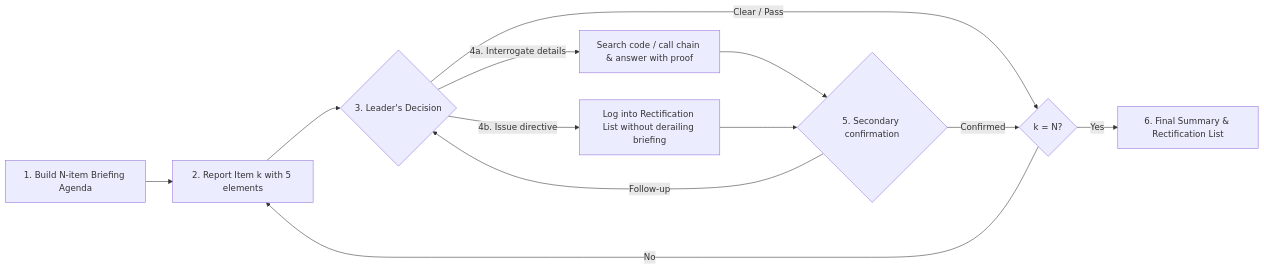
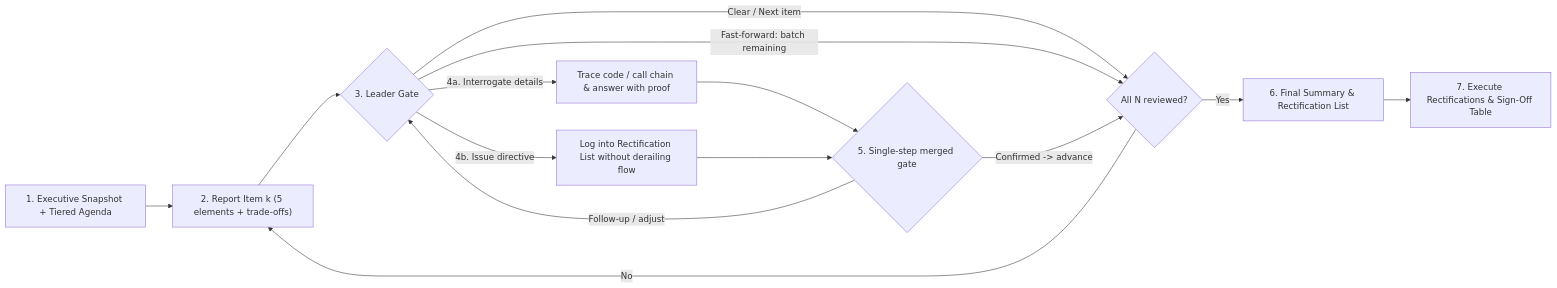
The diagram in skills/work-report/README.md (lastxuanain/ainward-skills), drawn with Mermaid before and after one commit. The commit also changed other lines of this file and 4 other files, not shown here.

Commit message:
feat: upgrade work-report to v1.1.0 with fast-forward pacing, surfaced trade-offs, and sign-off loop

````diff
--- a/skills/work-report/README.md
+++ b/skills/work-report/README.md
@@ -22,14 +28,16 @@
 ```mermaid
 flowchart LR
-    A["1. Build N-item Briefing Agenda"] --> B["2. Report Item k with 5 elements"]
-    B --> C{"3. Leader's Decision"}
-    C -- "Clear / Pass" --> D{"k = N?"}
+    A["1. Executive Snapshot + Tiered Agenda"] --> B["2. Report Item k (5 elements + trade-offs)"]
+    B --> C{"3. Leader Gate"}
+    C -- "Clear / Next item" --> D{"All N reviewed?"}
+    C -- "Fast-forward: batch remaining" --> D
     D -- "No" --> B
     D -- "Yes" --> E["6. Final Summary & Rectification List"]
-    C -- "4a. Interrogate details" --> F["Search code / call chain & answer with proof"]
-    C -- "4b. Issue directive" --> G["Log into Rectification List without derailing briefing"]
-    F --> H{"5. Secondary confirmation"}
+    C -- "4a. Interrogate details" --> F["Trace code / call chain & answer with proof"]
+    C -- "4b. Issue directive" --> G["Log into Rectification List without derailing flow"]
+    F --> H{"5. Single-step merged gate"}
     G --> H
-    H -- "Confirmed" --> D
-    H -- "Follow-up" --> C
+    H -- "Confirmed -> advance" --> D
+    H -- "Follow-up / adjust" --> C
+    E --> I["7. Execute Rectifications & Sign-Off Table"]
 ```
````
